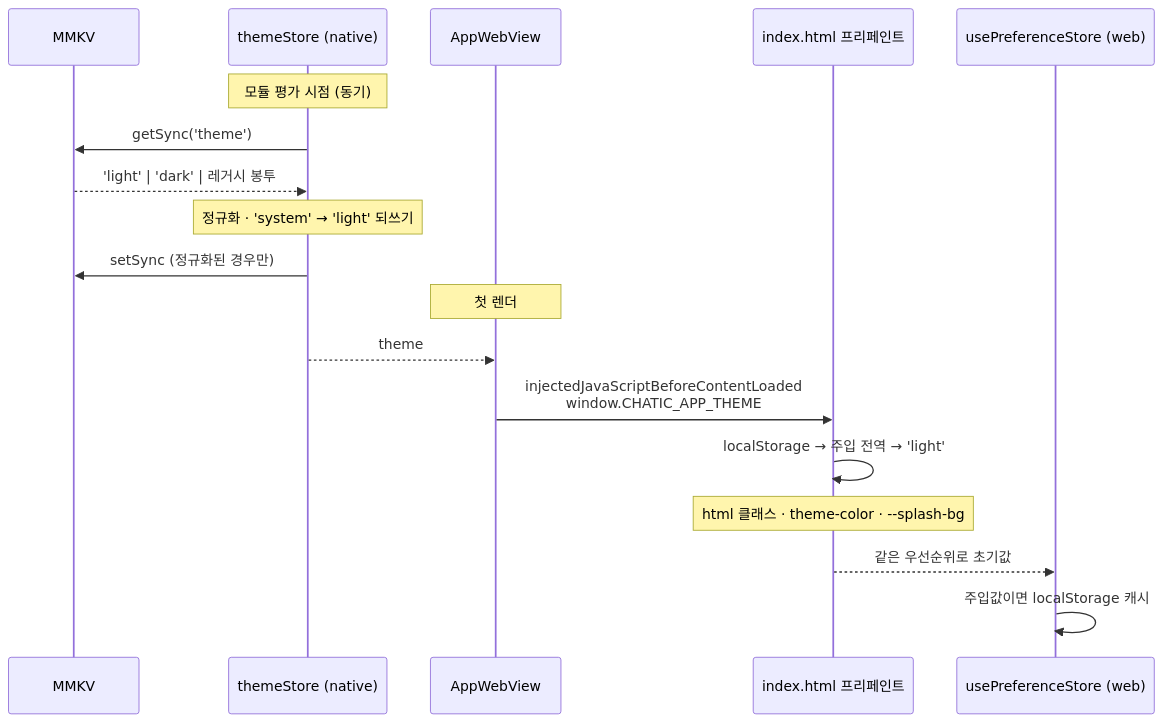
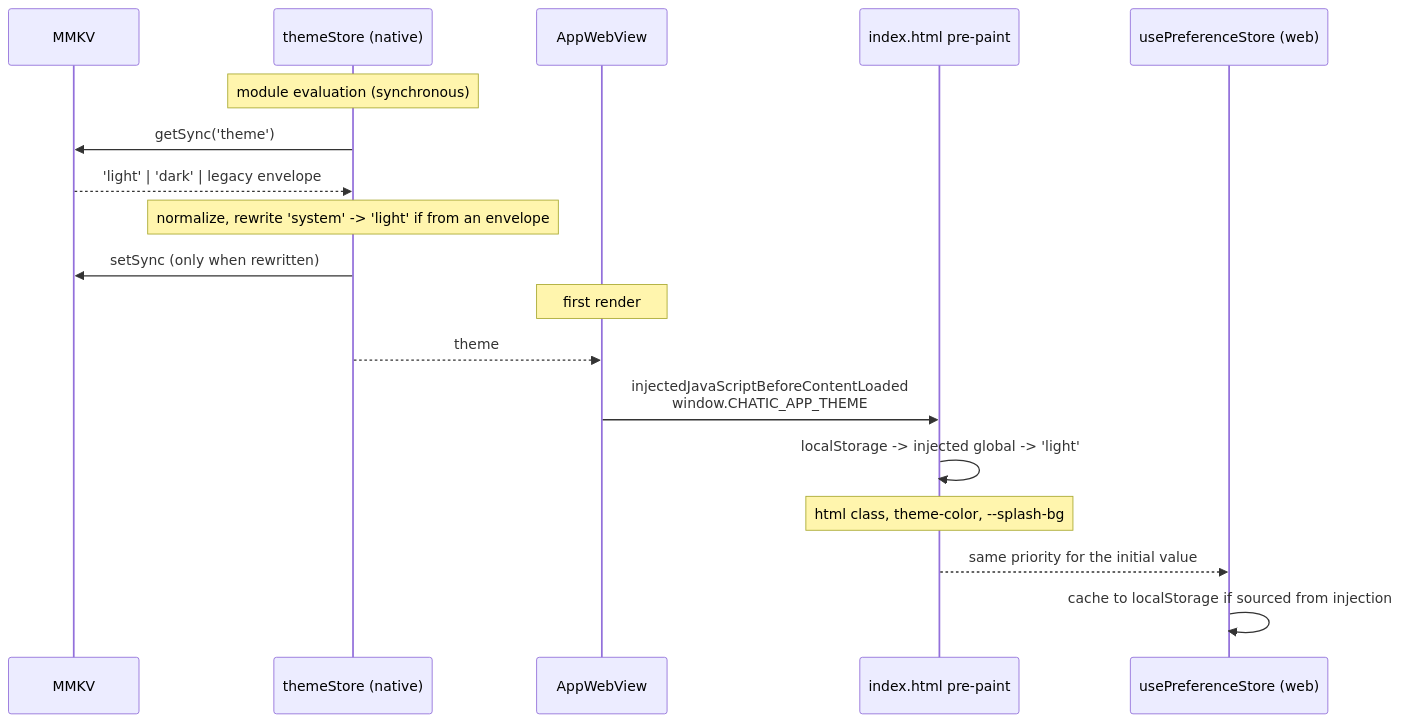
The first of 2 diagrams in apps/mobile/docs/theme.md (lemoncloud-io/dou-app), drawn with Mermaid before and after one commit. The commit also changed other lines of this file, not shown here.

First line of the commit message:
docs(mobile): rewrite the theme doc in english

````diff
--- a/apps/mobile/docs/theme.md
+++ b/apps/mobile/docs/theme.md
@@ -86,22 +114,22 @@
 ```mermaid
 sequenceDiagram
     participant MMKV
     participant Store as themeStore (native)
     participant WV as AppWebView
-    participant HTML as index.html 프리페인트
+    participant HTML as index.html pre-paint
     participant WStore as usePreferenceStore (web)
 
-    Note over Store: 모듈 평가 시점 (동기)
+    Note over Store: module evaluation (synchronous)
     Store->>MMKV: getSync('theme')
-    MMKV-->>Store: 'light' | 'dark' | 레거시 봉투
-    Note over Store: 정규화 · 'system' → 'light' 되쓰기
-    Store->>MMKV: setSync (정규화된 경우만)
+    MMKV-->>Store: 'light' | 'dark' | legacy envelope
+    Note over Store: normalize, rewrite 'system' -> 'light' if from an envelope
+    Store->>MMKV: setSync (only when rewritten)
 
-    Note over WV: 첫 렌더
+    Note over WV: first render
     Store-->>WV: theme
     WV->>HTML: injectedJavaScriptBeforeContentLoaded<br/>window.CHATIC_APP_THEME
-    HTML->>HTML: localStorage → 주입 전역 → 'light'
-    Note over HTML: html 클래스 · theme-color · --splash-bg
-    HTML-->>WStore: 같은 우선순위로 초기값
-    WStore->>WStore: 주입값이면 localStorage 캐시
+    HTML->>HTML: localStorage -> injected global -> 'light'
+    Note over HTML: html class, theme-color, --splash-bg
+    HTML-->>WStore: same priority for the initial value
+    WStore->>WStore: cache to localStorage if sourced from injection
 ```
````
